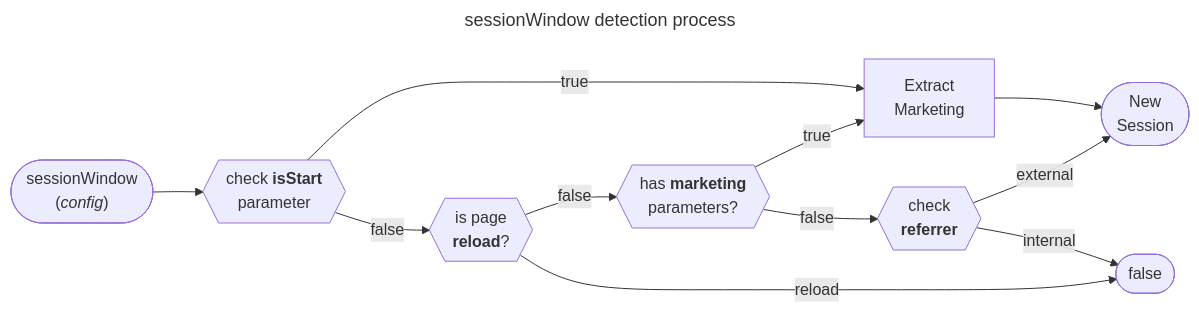
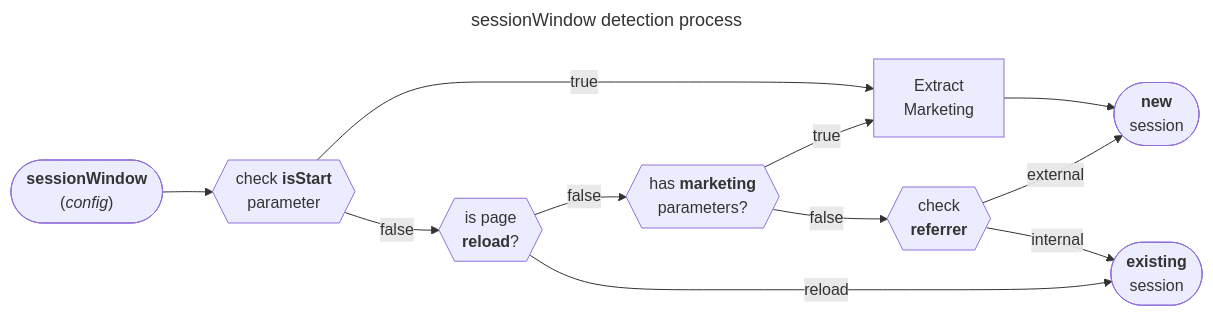
One commit to elbwalker/walkerOS changed the third of 3 diagrams in website/docs/utils/session.mdx. Above: the diagram before and after it, drawn with Mermaid. The commit also changed other lines of this file and 1 other file, not shown here.

Commit message:
session detection

````diff
--- a/website/docs/utils/session.mdx
+++ b/website/docs/utils/session.mdx
@@ -295,25 +369,25 @@
 ```mermaid
 ---
 title: sessionWindow detection process
 ---
 flowchart LR
-  sessionWindow(["sessionWindow<br>(<i>config</i>)"])
+  sessionWindow(["<b>sessionWindow</b><br>(<i>config</i>)"])
   isNewSession{{"check <b>isStart</b><br>parameter"}}
   getMarketing["Extract<br>Marketing"]
-  session([New<br>Session])
+  newSession([<b>new</b><br>session])
   isReload{{"is page<br><b>reload</b>?"}}
   hasMarketing{{"has <b>marketing</b><br>parameters?"}}
   referrer{{"check<br><b>referrer</b>"}}
-  false(["false"])
+  existingSession(["<b>existing</b><br>session"])
 
 sessionWindow --> isNewSession
 isNewSession -- true --> getMarketing
-getMarketing --> session
+getMarketing --> newSession
 isNewSession -- false --> isReload
 isReload -- false --> hasMarketing
 hasMarketing -- false --> referrer
 hasMarketing -- true --> getMarketing
-referrer -- external --> session
-referrer -- internal --> false
-isReload -- reload --> false
+referrer -- external --> newSession
+referrer -- internal --> existingSession
+isReload -- reload --> existingSession
 ```
````
